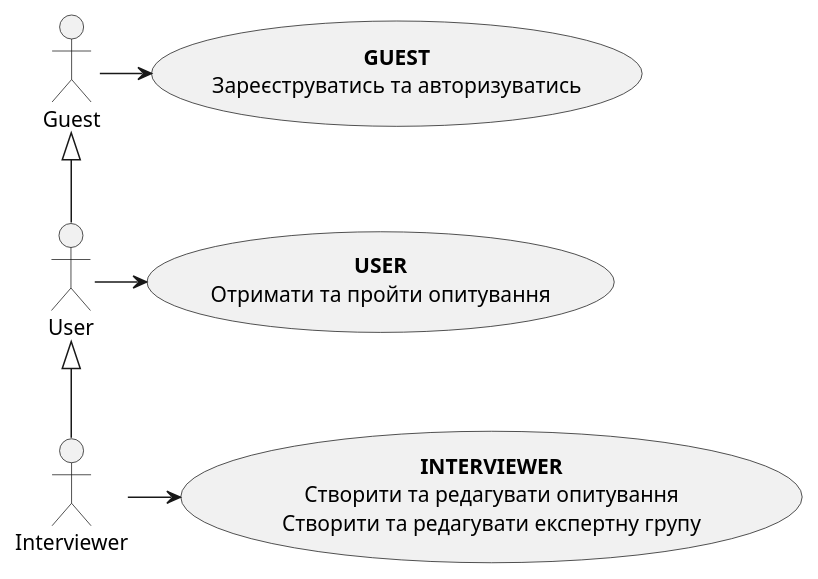
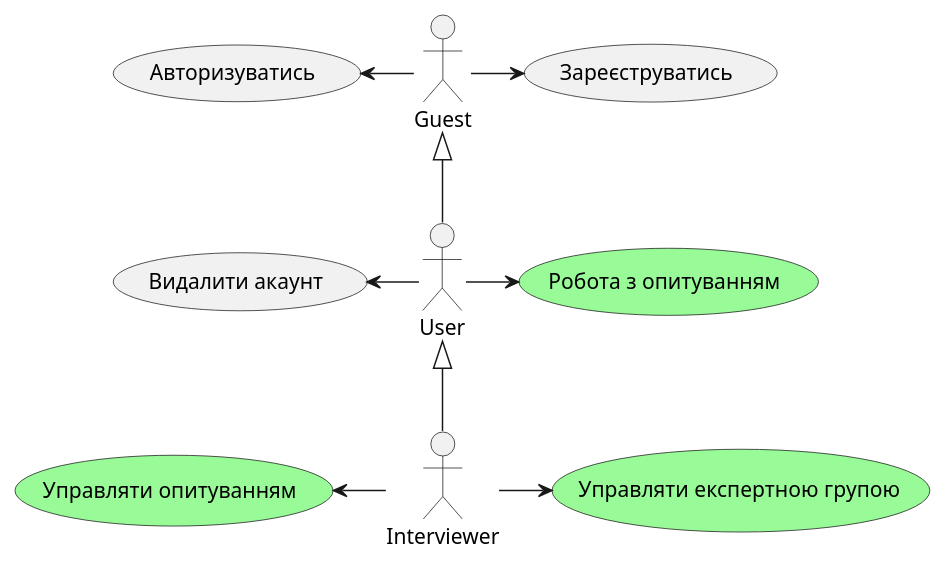
Before and after one commit to michigang1/ImForms: the first of 22 diagrams in docs/use cases/README.md, drawn with PlantUML. The commit also changed other lines of this file, not shown here.

Commit message:
added new diagrams

```diff
--- a/docs/use cases/README.md
+++ b/docs/use cases/README.md
@@ -10,16 +11,26 @@
 @startuml
-actor Guest
-actor User
-actor Interviewer
-
-usecase "<b>GUEST\nЗареєструватись та авторизуватись" as G
-usecase "<b>USER\nОтримати та пройти опитування" as U
-usecase "<b>INTERVIEWER\nСтворити та редагувати опитування\nСтворити та редагувати експертну групу" as I
-
-User -u-|> Guest
-Interviewer -u-|> User
-
-Guest -> G
-User -> U
-Interviewer -> I
+  actor Guest
+  actor User
+  actor Interviewer
+  
+  usecase "Авторизуватись" as GA
+  usecase "Зареєструватись" as GR
+  
+  usecase "Робота з опитуванням" as UO #palegreen
+  usecase "Видалити акаунт" as UD
+  
+  usecase "Управляти опитуванням" as IO #palegreen
+  usecase "Управляти експертною групою" as IG #palegreen
+  
+  User -u-|> Guest
+  Interviewer -u-|> User
+  
+  Guest -l-> GA
+  Guest -r-> GR
+  
+  User -l-> UD
+  User -r-> UO
+  
+  Interviewer -l-> IO
+  Interviewer -r-> IG
 @enduml
```
